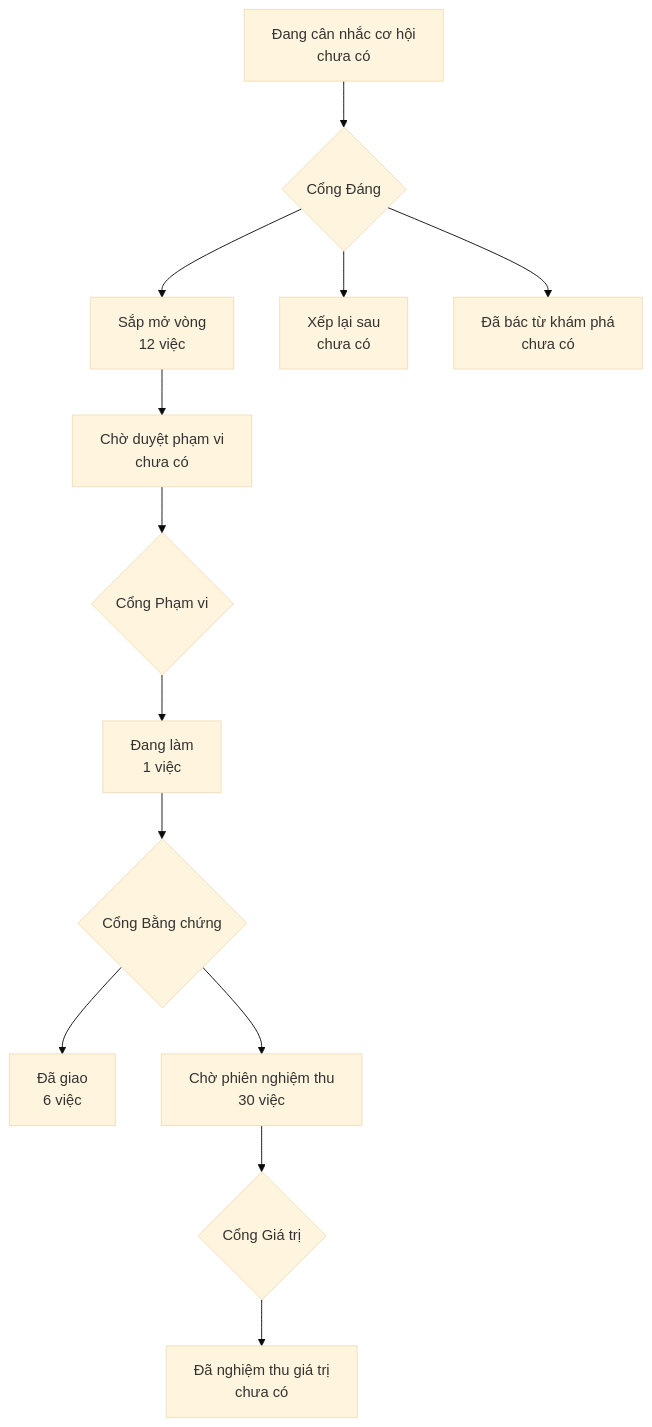
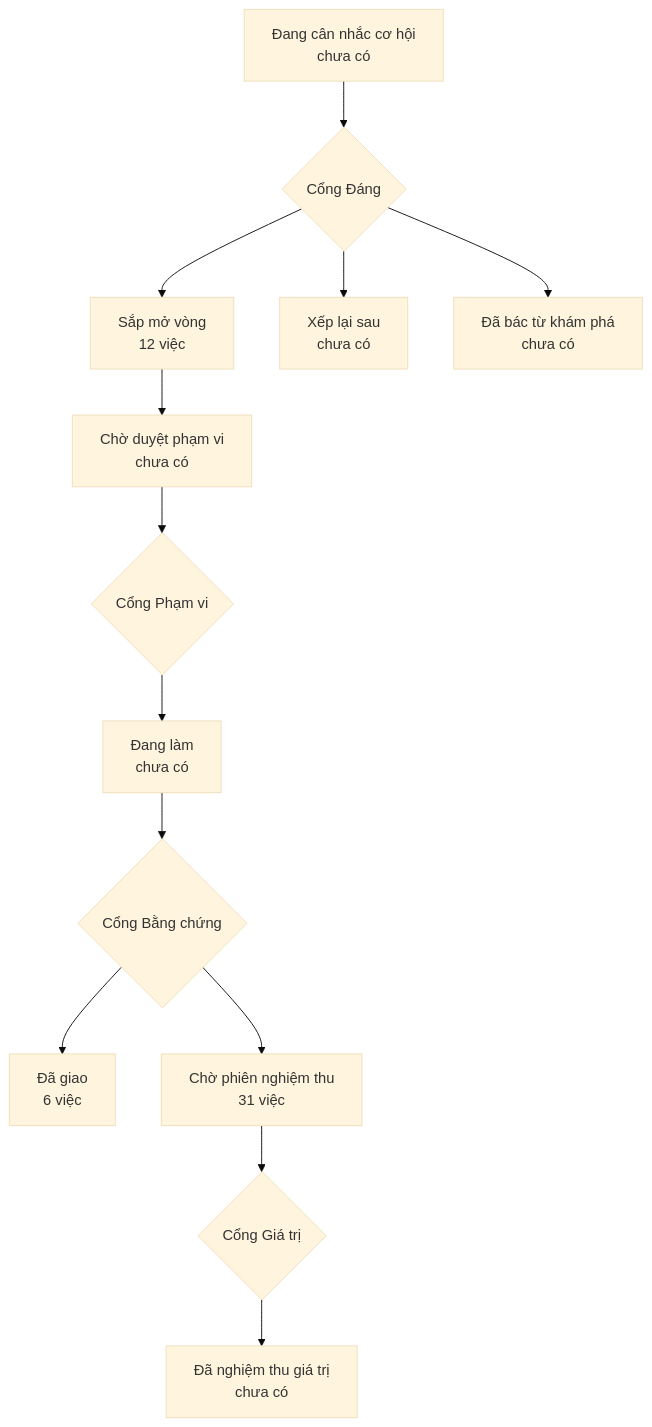
One commit to phanlemanh/onehub-quy-hang changed the diagram in PRODUCT-MAP.md. Above: the diagram before and after it, drawn with Mermaid (base theme). The commit also changed other lines of this file and 4 other files, not shown here.

````diff
--- a/PRODUCT-MAP.md
+++ b/PRODUCT-MAP.md
@@ -7,12 +7,12 @@
 ```mermaid
 flowchart TD
   A["Đang cân nhắc cơ hội<br/>chưa có"] --> GD{"Cổng Đáng"}
   GD --> B["Sắp mở vòng<br/>12 việc"]
   GD --> XL["Xếp lại sau<br/>chưa có"]
   GD --> DB["Đã bác từ khám phá<br/>chưa có"]
   B --> CD["Chờ duyệt phạm vi<br/>chưa có"] --> GP{"Cổng Phạm vi"}
-  GP --> DL["Đang làm<br/>1 việc"] --> GB{"Cổng Bằng chứng"}
+  GP --> DL["Đang làm<br/>chưa có"] --> GB{"Cổng Bằng chứng"}
   GB --> DG["Đã giao<br/>6 việc"]
-  GB --> CN["Chờ phiên nghiệm thu<br/>30 việc"] --> GG{"Cổng Giá trị"}
+  GB --> CN["Chờ phiên nghiệm thu<br/>31 việc"] --> GG{"Cổng Giá trị"}
   GG --> NT["Đã nghiệm thu giá trị<br/>chưa có"]
 ```
````
